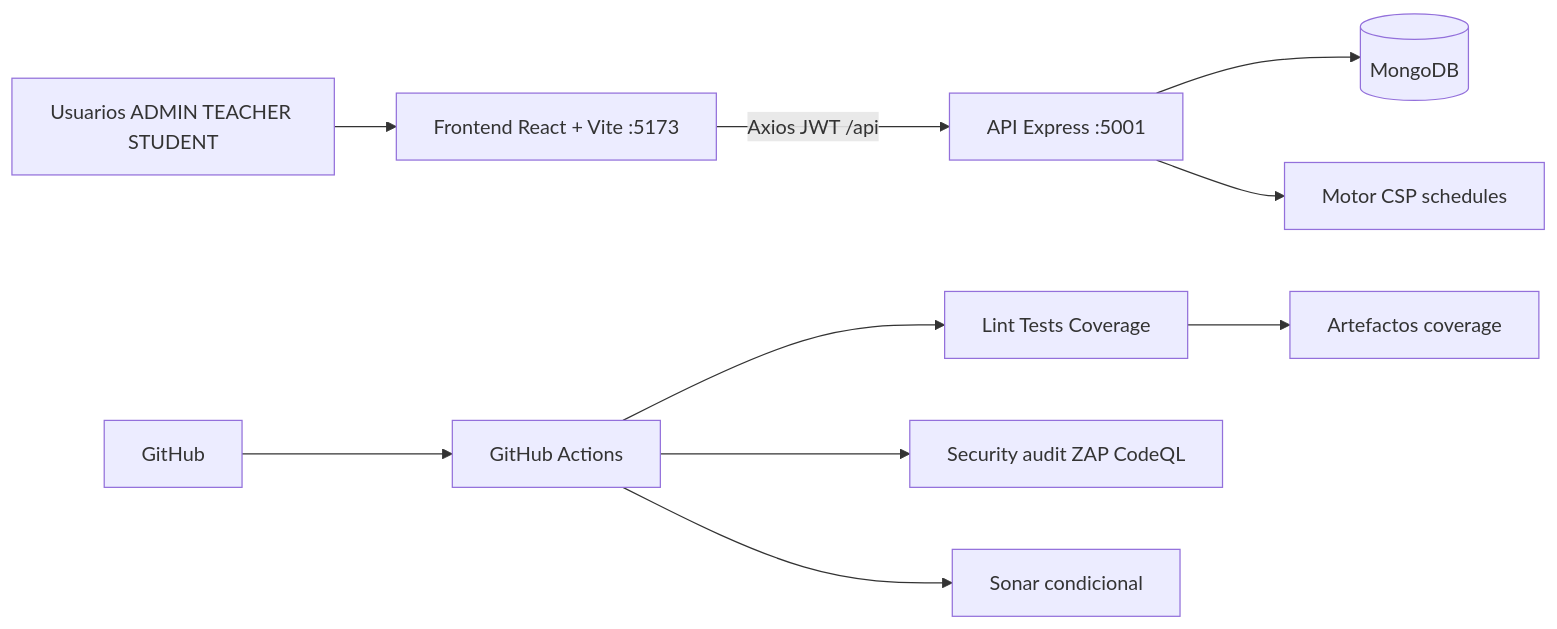
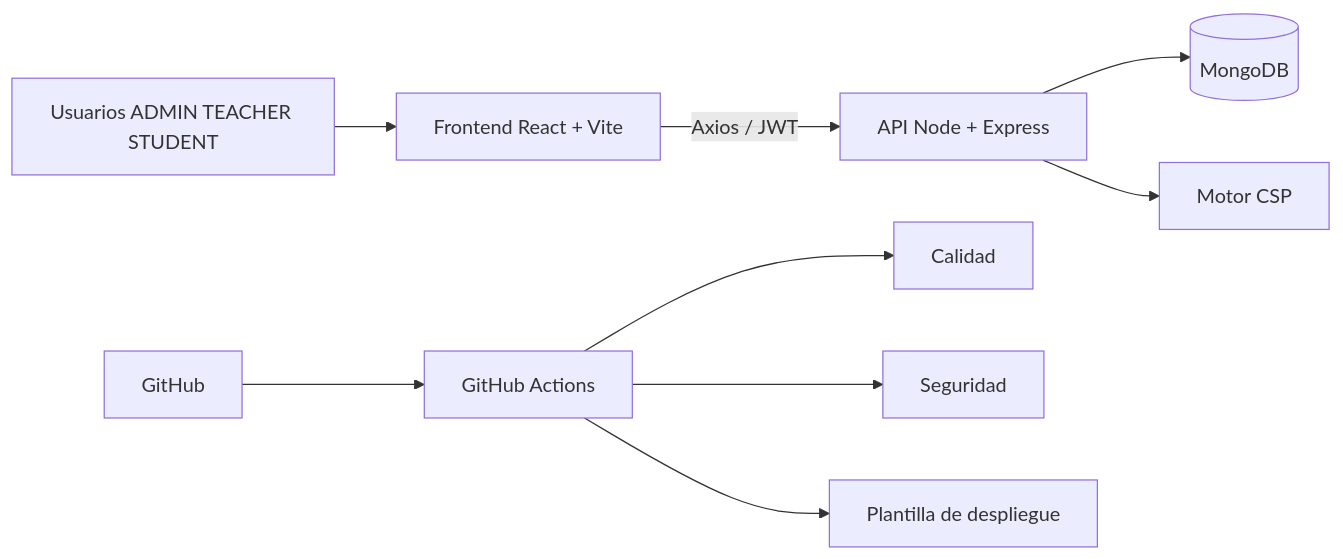
Before and after one commit to alemirella/Tproyectos_cod: the first of 7 diagrams in docs/INFORME_TECNICO_INTEGRAL_7_2.md, drawn with Mermaid. The commit also changed other lines of this file, not shown here.

````diff
--- a/docs/INFORME_TECNICO_INTEGRAL_7_2.md
+++ b/docs/INFORME_TECNICO_INTEGRAL_7_2.md
@@ -38,12 +55,11 @@
 ```mermaid
 flowchart LR
-    U[Usuarios ADMIN TEACHER STUDENT] --> F[Frontend React + Vite :5173]
-    F -->|Axios JWT /api| B[API Express :5001]
+    U[Usuarios ADMIN TEACHER STUDENT] --> F[Frontend React + Vite]
+    F -->|Axios / JWT| B[API Node + Express]
     B --> M[(MongoDB)]
-    B --> CSP[Motor CSP schedules]
+    B --> C[Motor CSP]
     G[GitHub] --> A[GitHub Actions]
-    A --> Q[Lint Tests Coverage]
-    A --> S[Security audit ZAP CodeQL]
-    A --> SN[Sonar condicional]
-    Q --> R[Artefactos coverage]
+    A --> Q[Calidad]
+    A --> S[Seguridad]
+    A --> D[Plantilla de despliegue]
 ```
````
